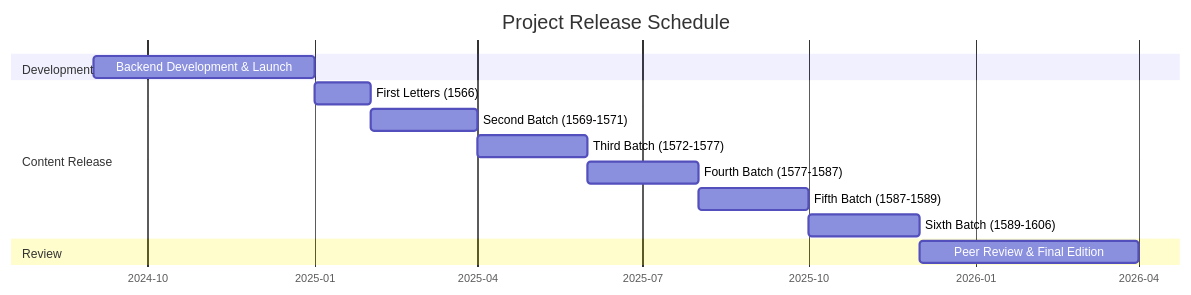
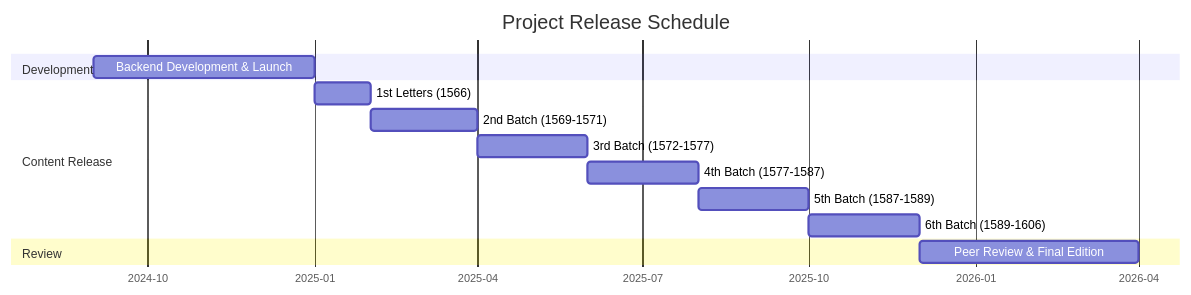
Before and after one commit to Pantagrueliste/CavrianaCorr: the diagram in README.md, drawn with Mermaid.

````diff
--- a/README.md
+++ b/README.md
@@ -29,21 +29,21 @@
 ```mermaid
 gantt
     title Project Release Schedule
     dateFormat YYYY-MM
     axisFormat %Y-%m
     
     section Development
     Backend Development & Launch :2024-09, 2025-01
     
     section Content Release
     
-    First Letters (1566)         :2025-01, 2025-02
-    Second Batch (1569-1571)     :2025-02, 2025-04
-    Third Batch (1572-1577)      :2025-04, 2025-06
-    Fourth Batch (1577-1587)     :2025-06, 2025-08
-    Fifth Batch (1587-1589)      :2025-08, 2025-10
-    Sixth Batch (1589-1606)      :2025-10, 2025-12
+    1st Letters (1566)         :2025-01, 2025-02
+    2nd Batch (1569-1571)     :2025-02, 2025-04
+    3rd Batch (1572-1577)      :2025-04, 2025-06
+    4th Batch (1577-1587)     :2025-06, 2025-08
+    5th Batch (1587-1589)      :2025-08, 2025-10
+    6th Batch (1589-1606)      :2025-10, 2025-12
     
     section Review
     Peer Review & Final Edition  :2025-12, 2026-04
 ```
````
